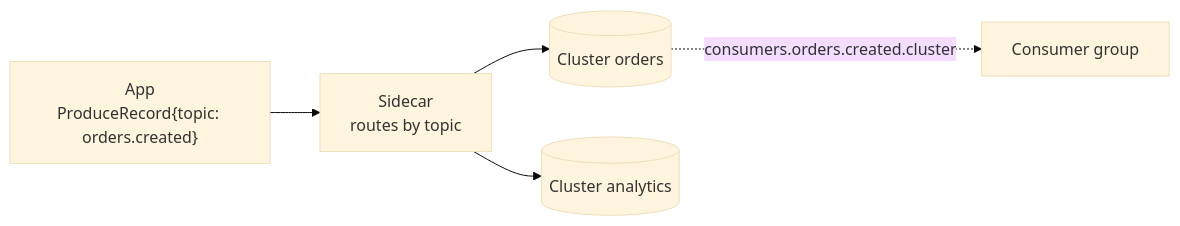
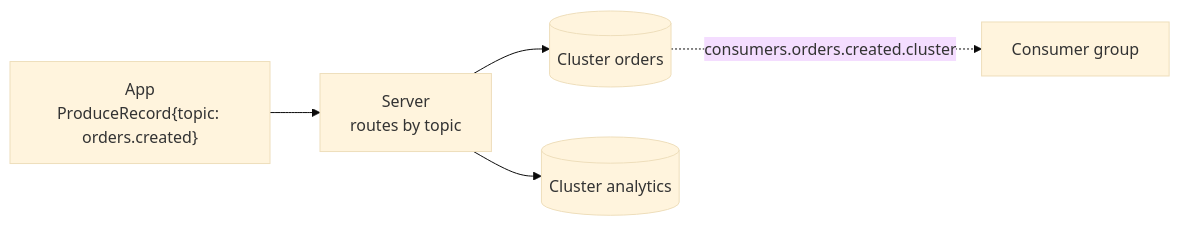
The second of 2 diagrams in docs/design.md (bpalermo/odradek), drawn with Mermaid (base theme) before and after one commit. The commit also changed other lines of this file and 21 other files, not shown here.

First line of the commit message:
Rename the sidecar to server (#3)

````diff
--- a/docs/design.md
+++ b/docs/design.md
@@ -215,7 +215,7 @@
 ```mermaid
 flowchart LR
-  app["App<br/>ProduceRecord{topic: orders.created}"] --> sc["Sidecar<br/>routes by topic"]
+  app["App<br/>ProduceRecord{topic: orders.created}"] --> sc["Server<br/>routes by topic"]
   sc --> a[("Cluster orders")]
   sc --> b[("Cluster analytics")]
   a -. "consumers.orders.created.cluster" .-> c["Consumer group"]
 ```
````
